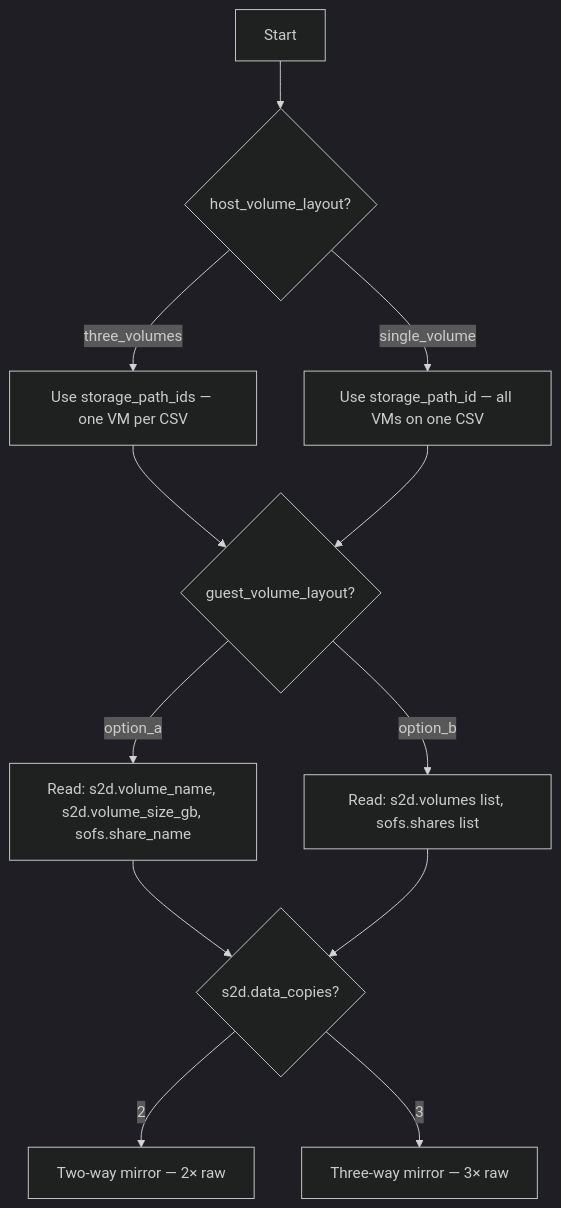
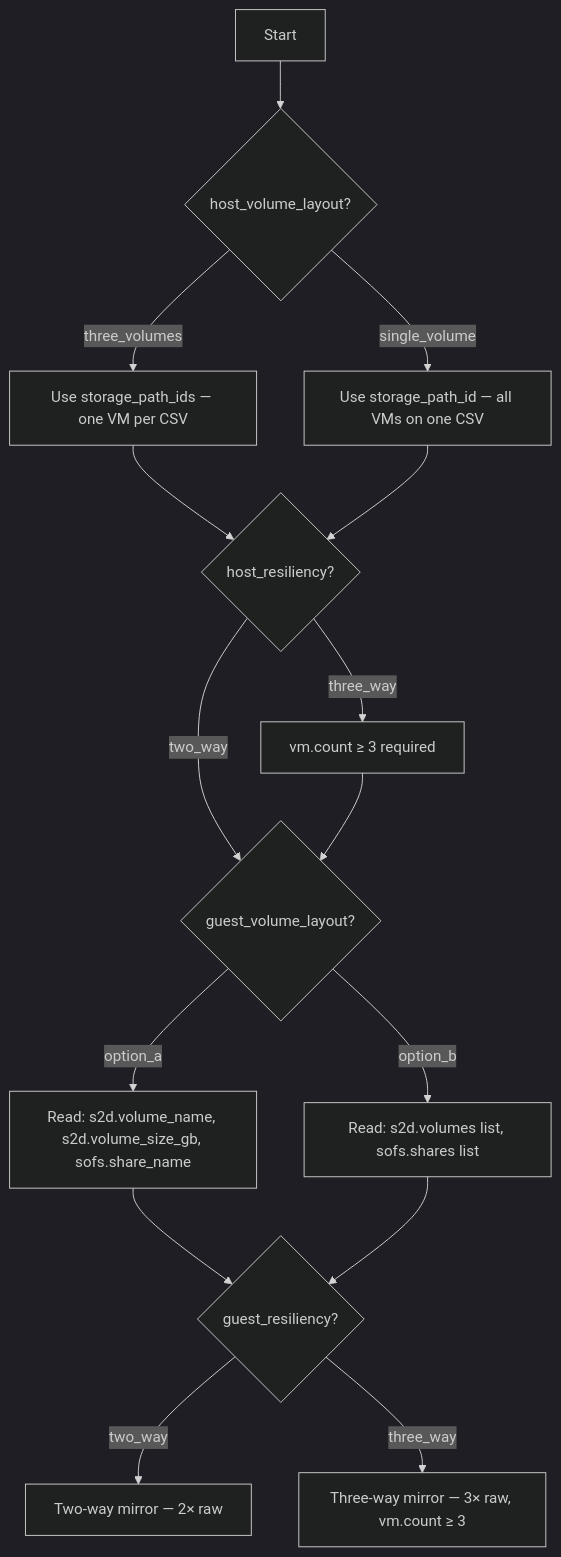
The diagram in docs/reference/variables.md (AzureLocal/azurelocal-sofs-fslogix), drawn with Mermaid (dark theme) before and after one commit. The commit also changed other lines of this file and 36 other files, not shown here.

````diff
--- a/docs/reference/variables.md
+++ b/docs/reference/variables.md
@@ -29,14 +33,17 @@
 ```mermaid
 flowchart TD
     A[Start] --> B{host_volume_layout?}
     B -->|three_volumes| C[Use storage_path_ids — one VM per CSV]
     B -->|single_volume| D[Use storage_path_id — all VMs on one CSV]
-    C --> E{guest_volume_layout?}
-    D --> E
+    C --> HR{host_resiliency?}
+    D --> HR
+    HR -->|two_way| E{guest_volume_layout?}
+    HR -->|three_way| E2["vm.count ≥ 3 required"]
+    E2 --> E{guest_volume_layout?}
     E -->|option_a| F[Read: s2d.volume_name, s2d.volume_size_gb, sofs.share_name]
     E -->|option_b| G[Read: s2d.volumes list, sofs.shares list]
-    F --> H{s2d.data_copies?}
-    G --> H
-    H -->|2| I[Two-way mirror — 2× raw]
-    H -->|3| J[Three-way mirror — 3× raw]
+    F --> GR{guest_resiliency?}
+    G --> GR
+    GR -->|two_way| I[Two-way mirror — 2× raw]
+    GR -->|three_way| J["Three-way mirror — 3× raw, vm.count ≥ 3"]
 ```
````
